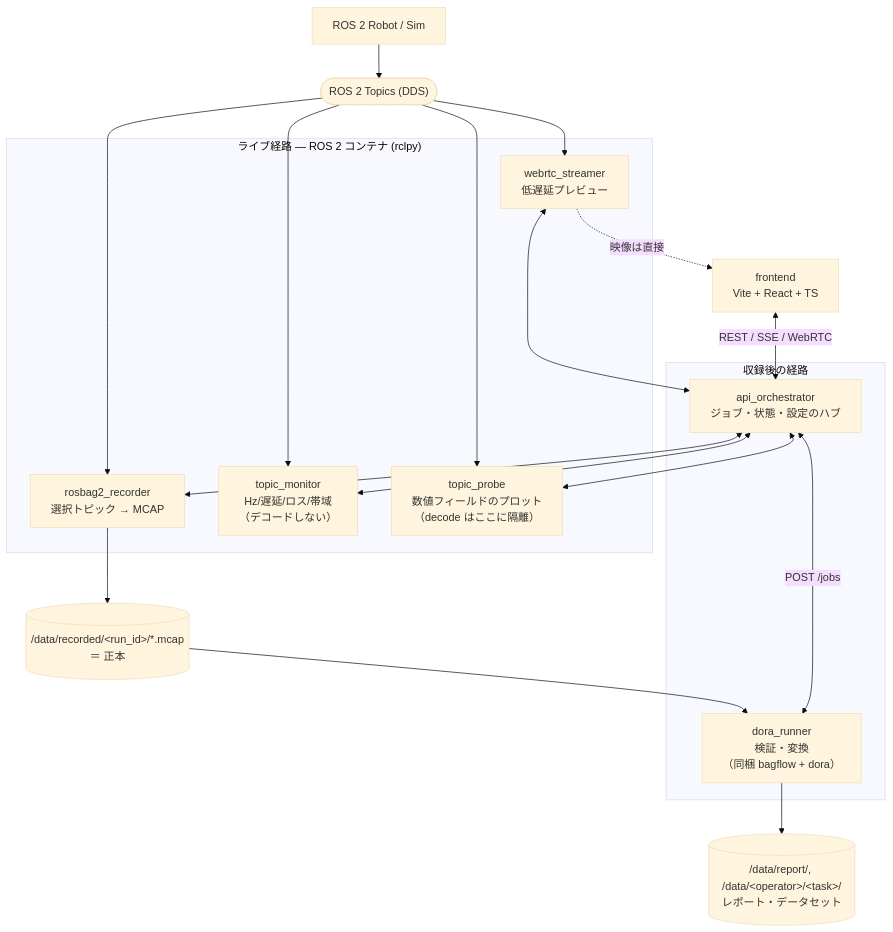
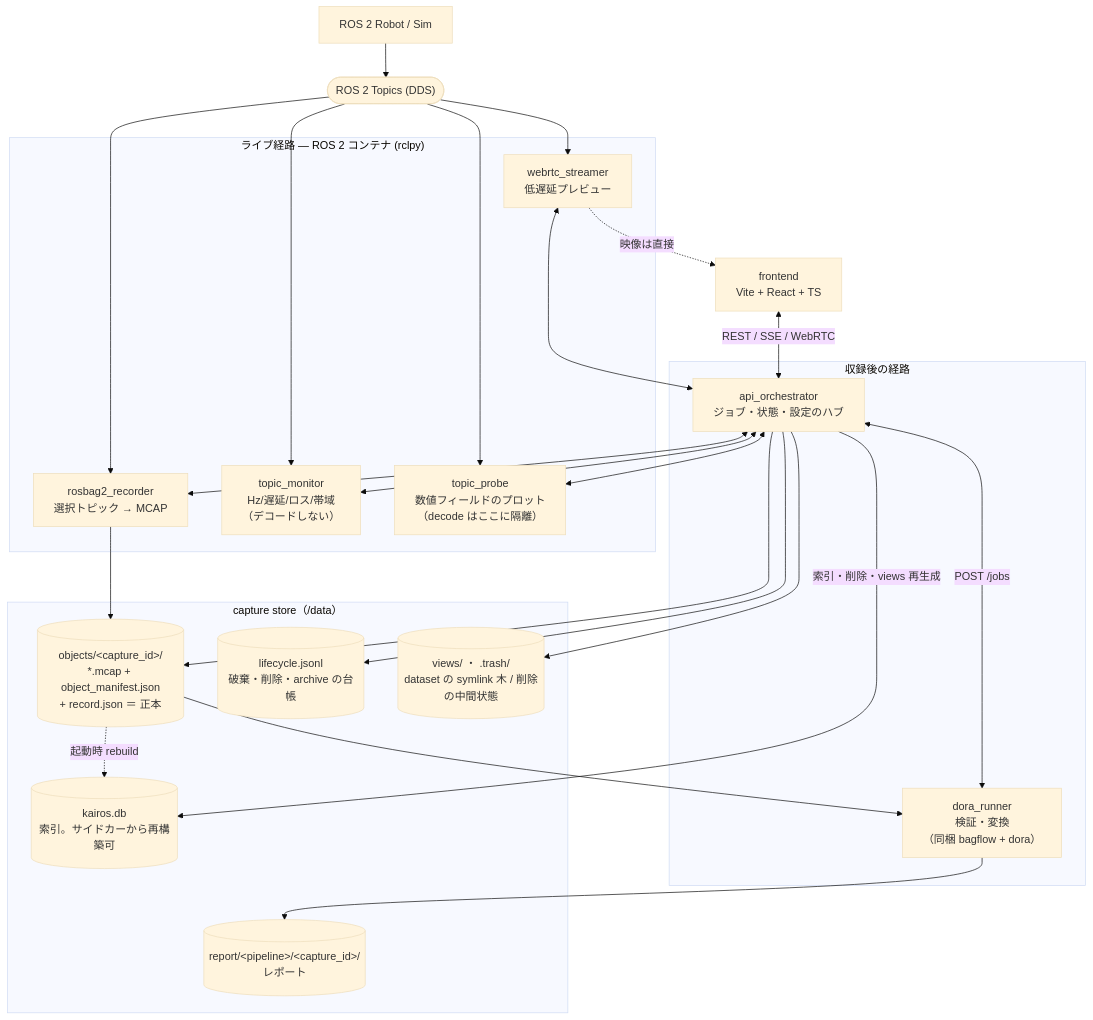
One commit to sige0002/kairos changed the first of 2 diagrams in README.ja.md. Above: the diagram before and after it, drawn with Mermaid (base theme). The commit also changed other lines of this file and 24 other files, not shown here.

First line of the commit message:
docs: capture store v2 — specs rewritten, capture_store spec added, changelog

````diff
--- a/README.ja.md
+++ b/README.ja.md
@@ -16,28 +16,37 @@
 ```mermaid
 flowchart TB
   ROBOT["ROS 2 Robot / Sim"] --> TOPICS(["ROS 2 Topics (DDS)"])
 
   subgraph live["ライブ経路 — ROS 2 コンテナ (rclpy)"]
     REC["rosbag2_recorder<br/>選択トピック → MCAP"]
     MON["topic_monitor<br/>Hz/遅延/ロス/帯域<br/>（デコードしない）"]
     PROBE["topic_probe<br/>数値フィールドのプロット<br/>（decode はここに隔離）"]
     WEB["webrtc_streamer<br/>低遅延プレビュー"]
   end
 
   subgraph post["収録後の経路"]
     ORC["api_orchestrator<br/>ジョブ・状態・設定のハブ"]
     DR["dora_runner<br/>検証・変換<br/>（同梱 bagflow + dora）"]
   end
 
   FE["frontend<br/>Vite + React + TS"]
-  MCAP[("/data/recorded/&lt;run_id&gt;/*.mcap<br/>＝ 正本")]
-  OUT[("/data/report/, /data/&lt;operator&gt;/&lt;task&gt;/<br/>レポート・データセット")]
+
+  subgraph store["capture store（/data）"]
+    MCAP[("objects/&lt;capture_id&gt;/<br/>*.mcap + object_manifest.json<br/>+ record.json ＝ 正本")]
+    LEDGER[("lifecycle.jsonl<br/>破棄・削除・archive の台帳")]
+    DB[("kairos.db<br/>索引。サイドカーから再構築可")]
+    VIEWS[("views/ ・ .trash/<br/>dataset の symlink 木 / 削除の中間状態")]
+    OUT[("report/&lt;pipeline&gt;/&lt;capture_id&gt;/<br/>レポート")]
+  end
 
   TOPICS --> REC & MON & PROBE & WEB
   REC --> MCAP
   MCAP --> DR --> OUT
   FE <-->|"REST / SSE / WebRTC"| ORC
   ORC <--> REC & MON & PROBE & WEB
   ORC <-->|"POST /jobs"| DR
+  ORC -->|"索引・削除・views 再生成"| DB
+  ORC --> MCAP & LEDGER & VIEWS
+  MCAP -.->|"起動時 rebuild"| DB
   WEB -.->|"映像は直接"| FE
 ```
````
